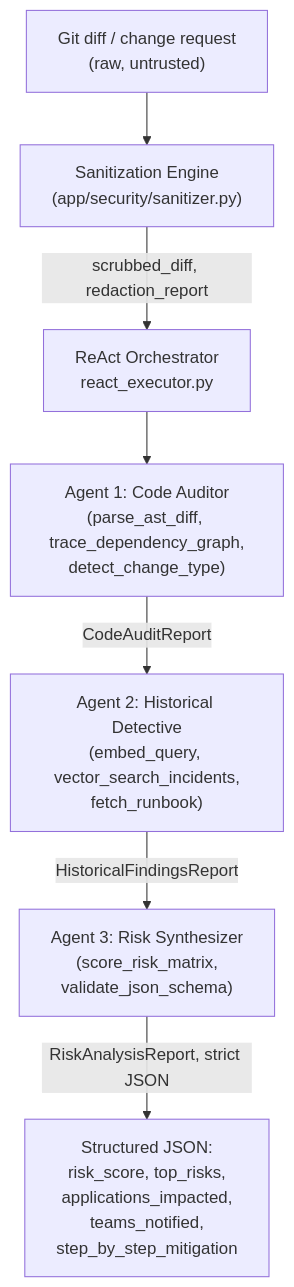
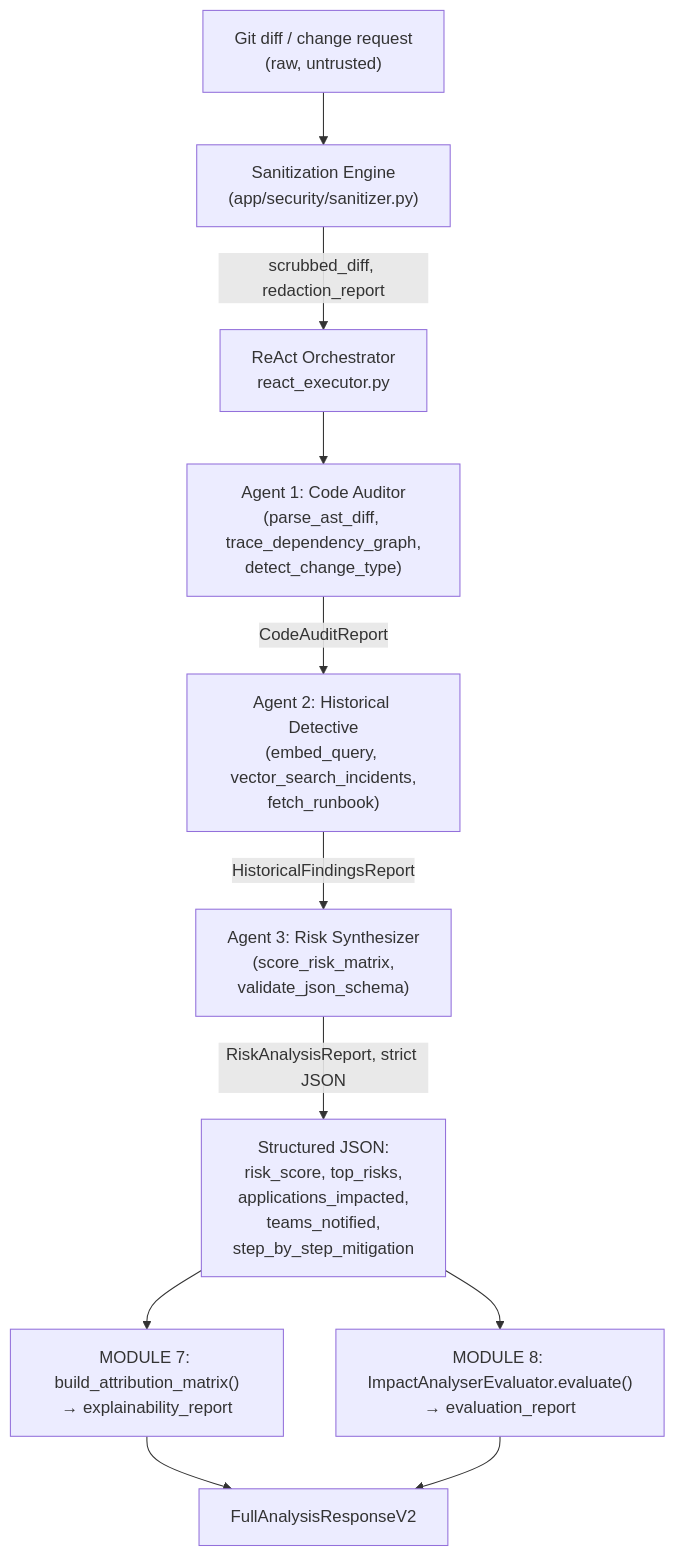
One commit to gargikadam9/hackathonImpactAnalyser changed the second of 2 diagrams in TECHNICAL_ARCHITECTURE.md. Above: the diagram before and after it, drawn with Mermaid. The commit also changed other lines of this file and 29 other files, not shown here.

````diff
--- a/TECHNICAL_ARCHITECTURE.md
+++ b/TECHNICAL_ARCHITECTURE.md
@@ -346,9 +360,13 @@
 ```mermaid
 flowchart TD
     A["Git diff / change request\n(raw, untrusted)"] --> S["Sanitization Engine\n(app/security/sanitizer.py)"]
     S -->|scrubbed_diff, redaction_report| ORCH["ReAct Orchestrator\nreact_executor.py"]
     ORCH --> CA["Agent 1: Code Auditor\n(parse_ast_diff, trace_dependency_graph,\ndetect_change_type)"]
     CA -->|CodeAuditReport| HD["Agent 2: Historical Detective\n(embed_query, vector_search_incidents,\nfetch_runbook)"]
     HD -->|HistoricalFindingsReport| RS["Agent 3: Risk Synthesizer\n(score_risk_matrix,\nvalidate_json_schema)"]
     RS -->|RiskAnalysisReport, strict JSON| OUT["Structured JSON:\nrisk_score, top_risks,\napplications_impacted,\nteams_notified,\nstep_by_step_mitigation"]
+    OUT --> XAI["MODULE 7: build_attribution_matrix()\n→ explainability_report"]
+    OUT --> EVAL["MODULE 8: ImpactAnalyserEvaluator.evaluate()\n→ evaluation_report"]
+    XAI --> FINAL["FullAnalysisResponseV2"]
+    EVAL --> FINAL
 ```
````
